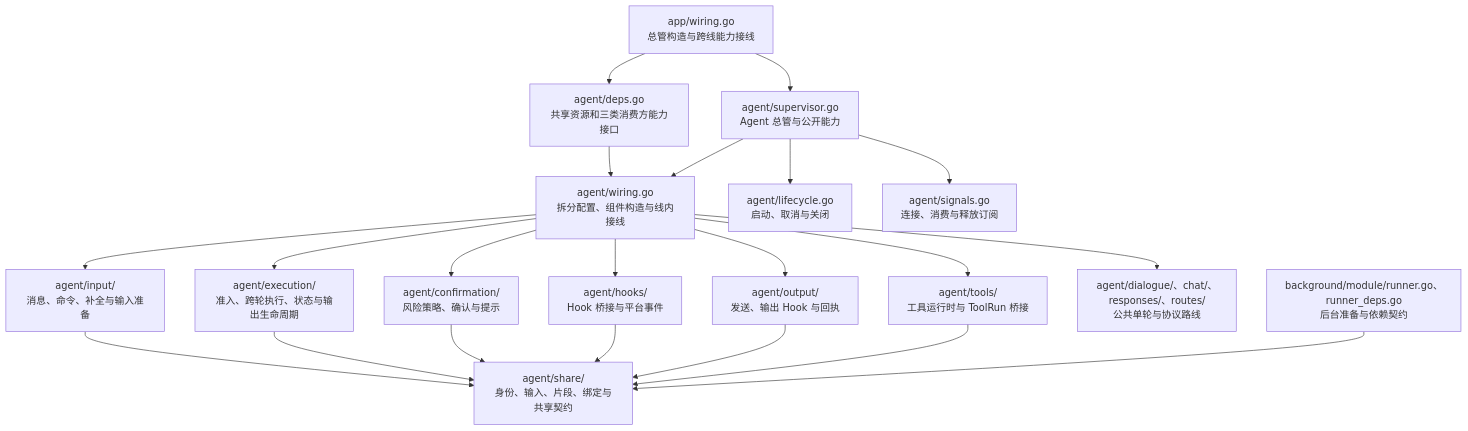
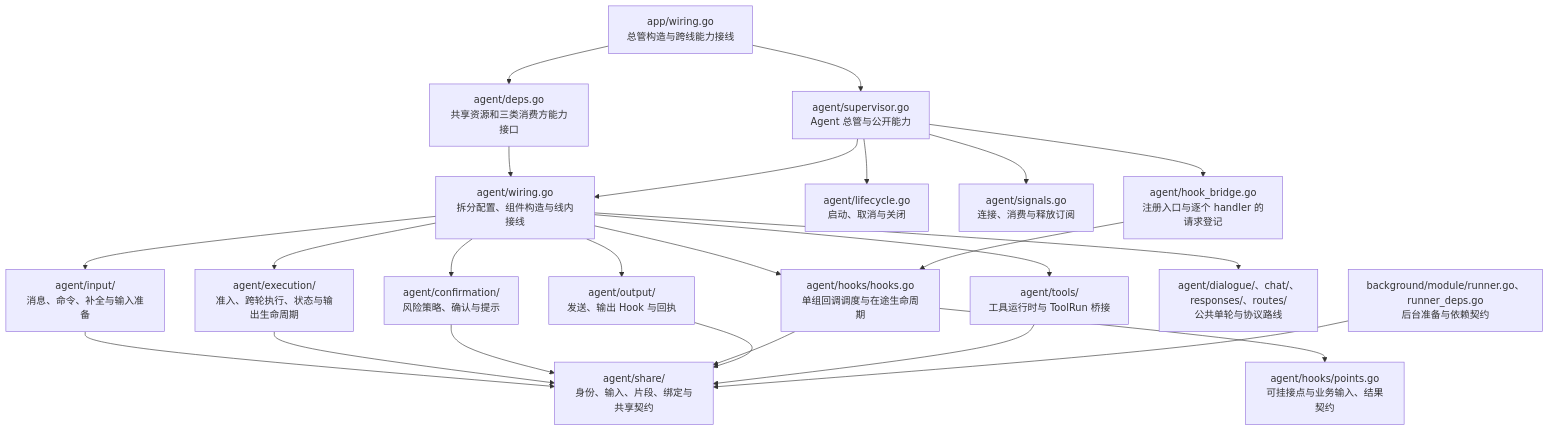
One commit to Elflare/elbot changed the second of 7 diagrams in devdocs/architecture.md. Above: the diagram before and after it, drawn with Mermaid. The commit also changed other lines of this file and 57 other files, not shown here.

````diff
--- a/devdocs/architecture.md
+++ b/devdocs/architecture.md
@@ -107,18 +107,21 @@
 ```mermaid
 flowchart TD
     A["app/wiring.go<br/>总管构造与跨线能力接线"] --> S["agent/supervisor.go<br/>Agent 总管与公开能力"]
     A --> DEP["agent/deps.go<br/>共享资源和三类消费方能力接口"]
     DEP --> W
     S --> W["agent/wiring.go<br/>拆分配置、组件构造与线内接线"]
     S --> L["agent/lifecycle.go<br/>启动、取消与关闭"]
     S --> G["agent/signals.go<br/>连接、消费与释放订阅"]
     W --> I["agent/input/<br/>消息、命令、补全与输入准备"]
     W --> E["agent/execution/<br/>准入、跨轮执行、状态与输出生命周期"]
     W --> C["agent/confirmation/<br/>风险策略、确认与提示"]
-    W --> H["agent/hooks/<br/>Hook 桥接与平台事件"]
+    W --> H["agent/hooks/hooks.go<br/>单组回调调度与在途生命周期"]
+    S --> HB["agent/hook_bridge.go<br/>注册入口与逐个 handler 的请求登记"]
+    HB --> H
+    H --> HP["agent/hooks/points.go<br/>可挂接点与业务输入、结果契约"]
     W --> O["agent/output/<br/>发送、输出 Hook 与回执"]
     W --> T["agent/tools/<br/>工具运行时与 ToolRun 桥接"]
     W --> D["agent/dialogue/、chat/、responses/、routes/<br/>公共单轮与协议路线"]
     I & E & C & H & O & T --> R["agent/share/<br/>身份、输入、片段、绑定与共享契约"]
     B["background/module/runner.go、runner_deps.go<br/>后台准备与依赖契约"] --> R
 ```
````
